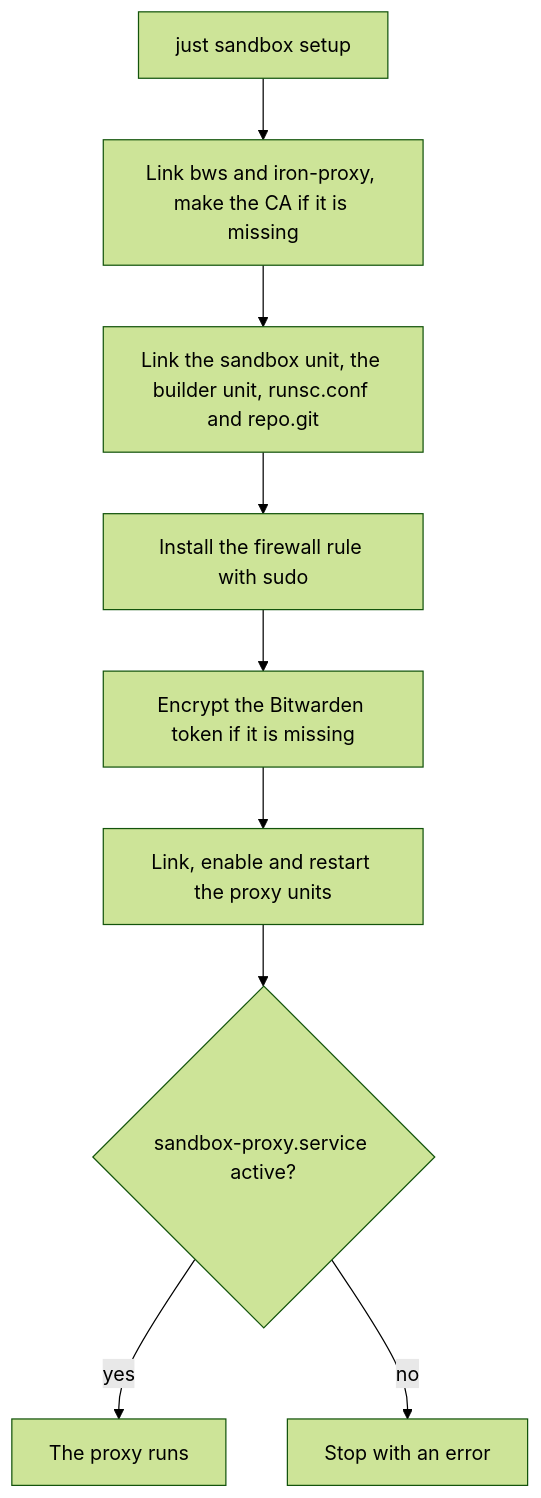
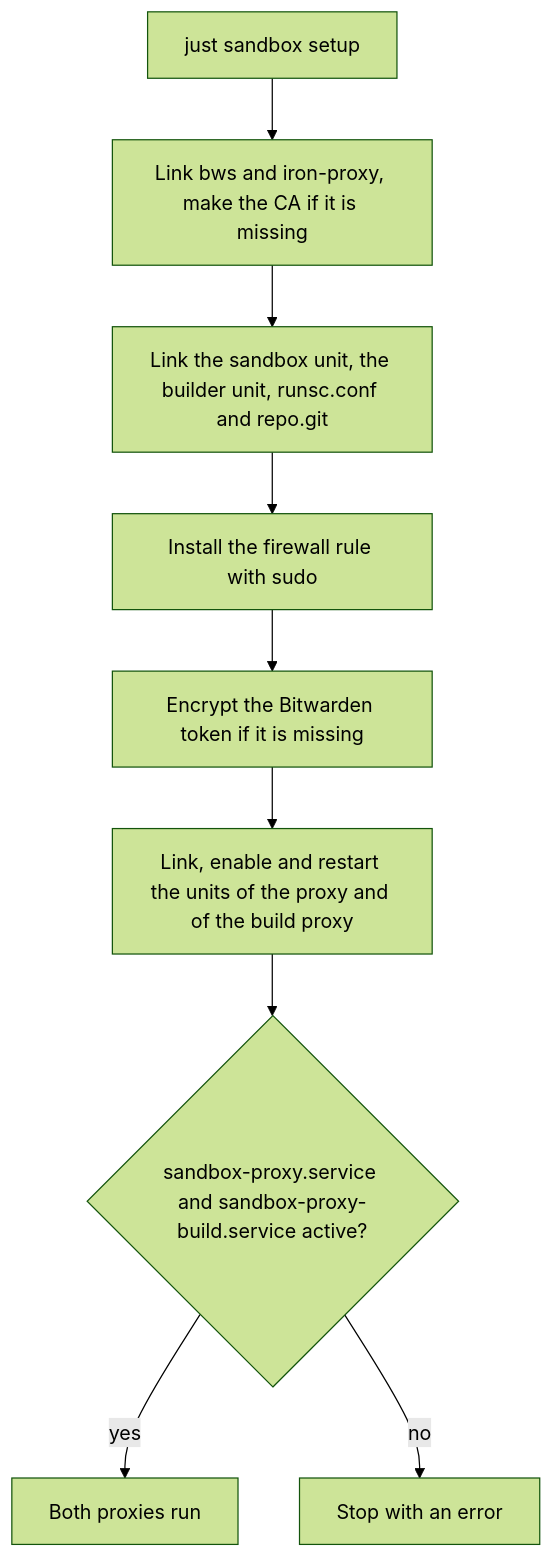
The first of 4 diagrams in .sandbox/README.md (raghav19/engineersdaybook), drawn with Mermaid (forest theme) before and after one commit. The commit also changed other lines of this file and 21 other files, not shown here.

First line of the commit message:
sandbox: build with docker and buildx through a build proxy

````diff
--- a/.sandbox/README.md
+++ b/.sandbox/README.md
@@ -111,11 +122,11 @@
 ```mermaid
 flowchart TD
     A["just sandbox setup"] --> B["Link bws and iron-proxy, make the CA if it is missing"]
     B --> C["Link the sandbox unit, the builder unit, runsc.conf and repo.git"]
     C --> D["Install the firewall rule with sudo"]
     D --> E["Encrypt the Bitwarden token if it is missing"]
-    E --> F["Link, enable and restart the proxy units"]
-    F --> G{"sandbox-proxy.service active?"}
-    G -->|yes| H["The proxy runs"]
+    E --> F["Link, enable and restart the units of the proxy and of the build proxy"]
+    F --> G{"sandbox-proxy.service and sandbox-proxy-build.service active?"}
+    G -->|yes| H["Both proxies run"]
     G -->|no| I["Stop with an error"]
 ```
````
